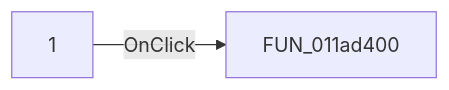
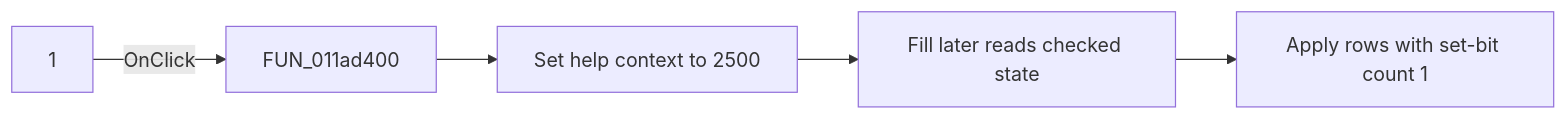
Before and after one commit to MovGP0/TIARA: the diagram in docs/ui-controls/tables-form/checkbox2-95b6f49bed.md, drawn with Mermaid. The commit also changed other lines of this file and 387 other files, not shown here.

````diff
--- a/docs/ui-controls/tables-form/checkbox2-95b6f49bed.md
+++ b/docs/ui-controls/tables-form/checkbox2-95b6f49bed.md
@@ -27,4 +27,7 @@
 ```mermaid
 flowchart LR
     control["1"] -->|OnClick| handler["FUN_011ad400"]
+    handler --> topic["Set help context to 2500"]
+    topic --> fill["Fill later reads checked state"]
+    fill --> rows["Apply rows with set-bit count 1"]
 ```
````
